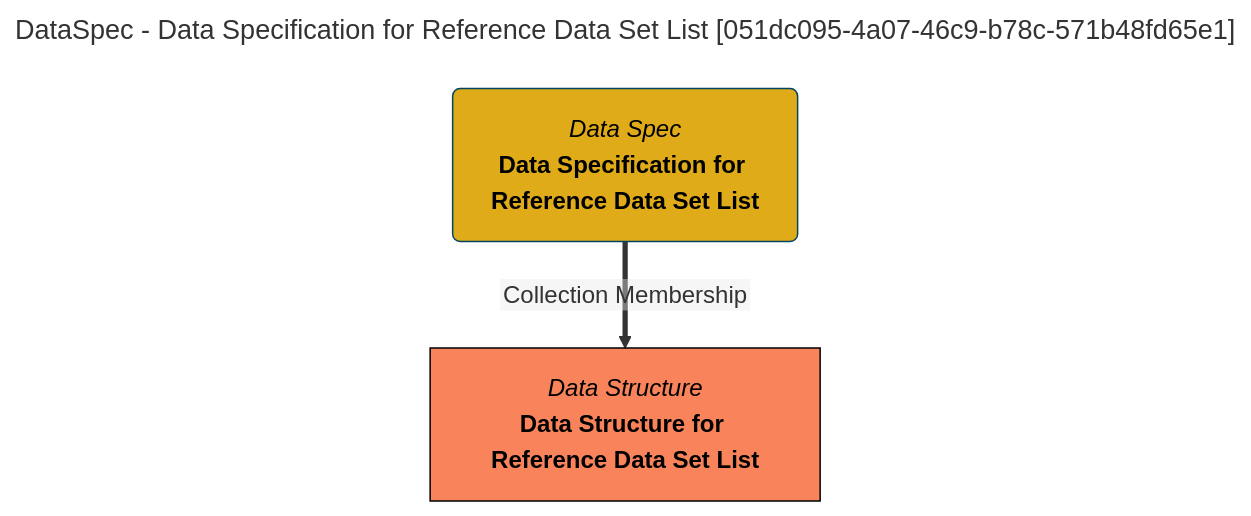
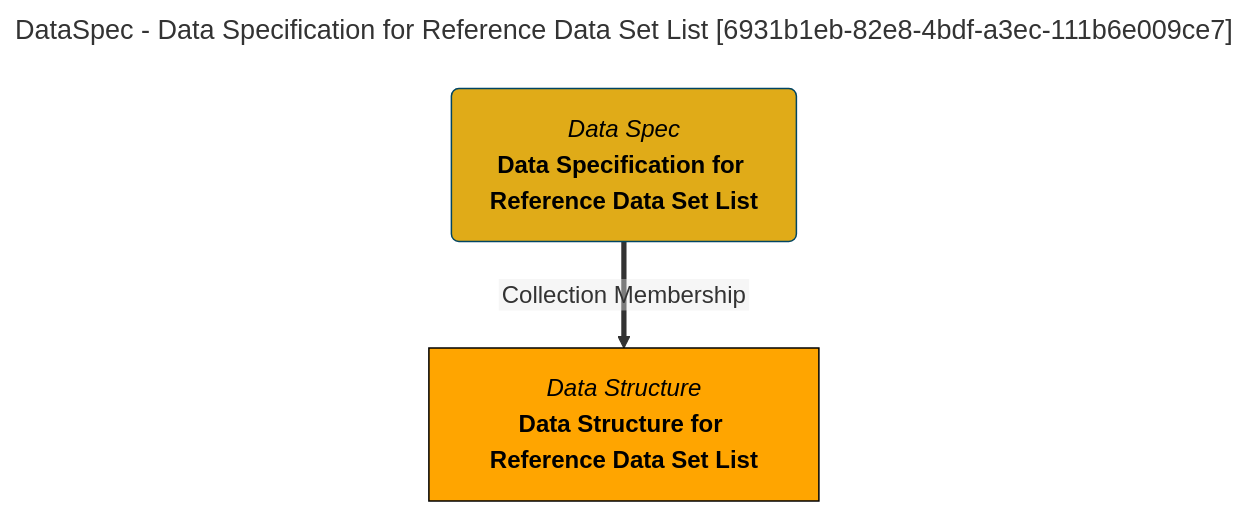
Before and after one commit to odpi/egeria-docs: the diagram in site/snippets/collections/data-specs/data-specification-for-reference-data-set-list-mermaid-graph.md, drawn with Mermaid. The commit also changed 2201 other files, not shown here.

````diff
--- a/site/snippets/collections/data-specs/data-specification-for-reference-data-set-list-mermaid-graph.md
+++ b/site/snippets/collections/data-specs/data-specification-for-reference-data-set-list-mermaid-graph.md
@@ -1,15 +1,15 @@
 ```mermaid
 ---
-title: DataSpec - Data Specification for Reference Data Set List [051dc095-4a07-46c9-b78c-571b48fd65e1]
+title: DataSpec - Data Specification for Reference Data Set List [6931b1eb-82e8-4bdf-a3ec-111b6e009ce7]
 ---
 flowchart TD
 %%{init: {"flowchart": {"htmlLabels": false}} }%%
 
 1@{ shape: rounded, label: "*Data Spec*
 **Data Specification for Reference Data Set List**"}
 2@{ shape: rect, label: "*Data Structure*
 **Data Structure for Reference Data Set List**"}
 1==>|"Collection Membership"|2
 style 1 color:#000000, fill:#e0ab18, stroke:#004563
-style 2 color:#000000, fill:#f9845b, stroke:#000000
+style 2 color:#000000, fill:#FFA500, stroke:#000000
 ```
````
